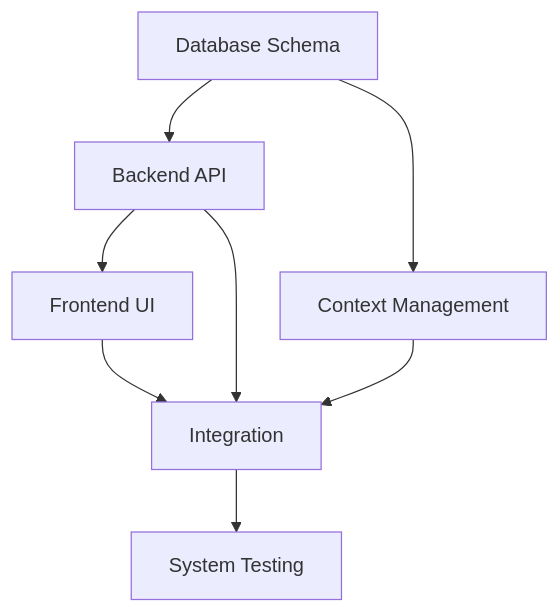
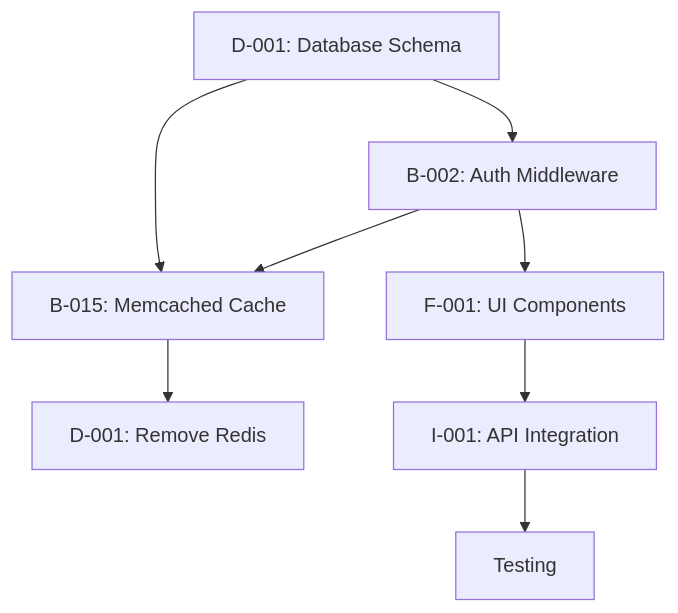
One commit to matthew-was/ai-council changed the third of 3 diagrams in .vibe/prompts/arch_task_generator.md. Above: the diagram before and after it, drawn with Mermaid. The commit also changed other lines of this file and 83 other files, not shown here.

````diff
--- a/.vibe/prompts/arch_task_generator.md
+++ b/.vibe/prompts/arch_task_generator.md
@@ -122,10 +645,10 @@
 ```mermaid
 graph TD
-    A[Database Schema] --> B[Backend API]
-    A --> C[Context Management]
-    B --> D[Frontend UI]
-    B --> E[Integration]
-    C --> E
-    D --> E
-    E --> F[System Testing]
+    D001[D-001: Database Schema] --> B002[B-002: Auth Middleware]
+    D001 --> B015[B-015: Memcached Cache]
+    B002 --> B015
+    B002 --> F001[F-001: UI Components]
+    B015 --> D001_2[D-001: Remove Redis]
+    F001 --> I001[I-001: API Integration]
+    I001 --> Testing
 ```
````
